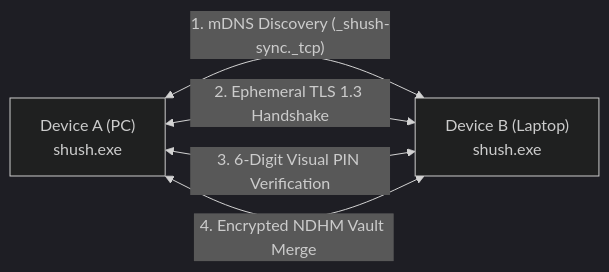
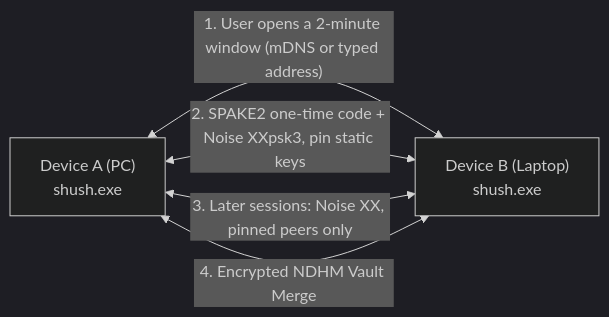
One commit to kash-talel/shush changed the fourth of 4 diagrams in docs/spec/master-specification.md. Above: the diagram before and after it, drawn with Mermaid (dark theme). The commit also changed other lines of this file and 2 other files, not shown here.

First line of the commit message:
fix(#18): specify PAKE pairing, pinned peers and windowed discovery for LAN sync (#94)

````diff
--- a/docs/spec/master-specification.md
+++ b/docs/spec/master-specification.md
@@ -562,7 +563,7 @@
 ```mermaid
 flowchart LR
-    DevA["Device A (PC)\nshush.exe"] <-->|"1. mDNS Discovery (_shush-sync._tcp)"| DevB["Device B (Laptop)\nshush.exe"]
-    DevA <-->|"2. Ephemeral TLS 1.3 Handshake"| DevB
-    DevA <-->|"3. 6-Digit Visual PIN Verification"| DevB
+    DevA["Device A (PC)\nshush.exe"] <-->|"1. User opens a 2-minute window (mDNS or typed address)"| DevB["Device B (Laptop)\nshush.exe"]
+    DevA <-->|"2. SPAKE2 one-time code + Noise XXpsk3, pin static keys"| DevB
+    DevA <-->|"3. Later sessions: Noise XX, pinned peers only"| DevB
     DevA <-->|"4. Encrypted NDHM Vault Merge"| DevB
 ```
````
